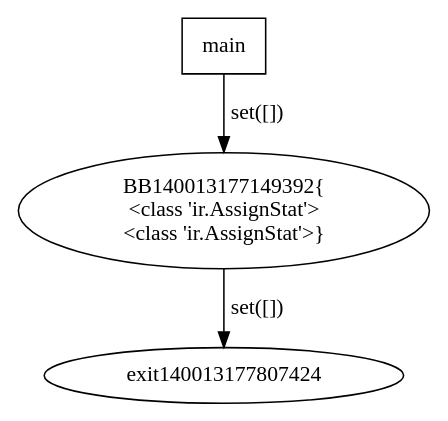
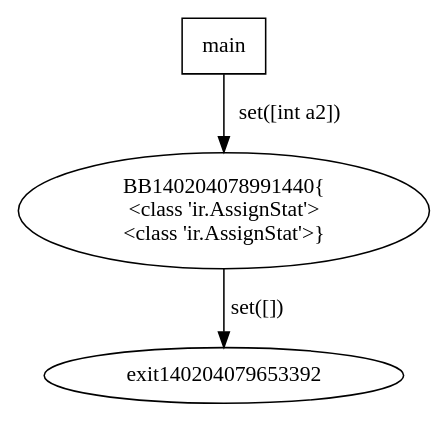
One commit to AloveIs/COT_lab changed the diagram in cfg.dot. Above: the diagram before and after it, drawn with Graphviz. The commit also changed 16 other files, not shown here.

```diff
--- a/cfg.dot
+++ b/cfg.dot
@@ -1,6 +1,6 @@
 digraph G {
-140013177149392 [label="BB140013177149392{\n<class 'ir.AssignStat'>\n<class 'ir.AssignStat'>}"];
-140013177149392 -> exit140013177807424 [label="set([])"];
+140204078991440 [label="BB140204078991440{\n<class 'ir.AssignStat'>\n<class 'ir.AssignStat'>}"];
+140204078991440 -> exit140204079653392 [label="set([])"];
 main [shape=box];
-main -> 140013177149392 [label="set([])"];
+main -> 140204078991440 [label="set([int a2])"];
 }
```
